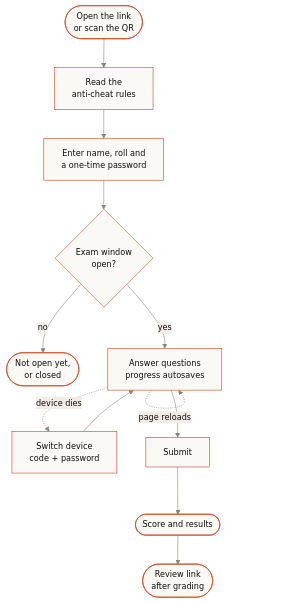
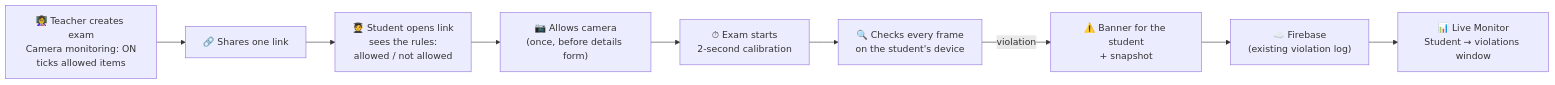
One commit to tahsanmasum/Examflow changed the first of 2 diagrams in README.md. Above: the diagram before and after it, drawn with Mermaid. The commit also changed other lines of this file and 5 other files, not shown here.

````diff
--- a/README.md
+++ b/README.md
@@ -36,15 +61,11 @@
 ```mermaid
-%%{init: {'theme':'base','themeVariables':{'primaryColor':'#faf9f6','primaryBorderColor':'#c8401a','primaryTextColor':'#0f0e0d','lineColor':'#8a8378','secondaryColor':'#f1ede6','tertiaryColor':'#ffffff','fontSize':'14px'}}}%%
-flowchart TD
-  A([Open the link<br/>or scan the QR]) --> B[Read the<br/>anti-cheat rules]
-  B --> C[Enter name, roll and<br/>a one-time password]
-  C --> D{Exam window<br/>open?}
-  D -- no --> X([Not open yet,<br/>or closed])
-  D -- yes --> E[Answer questions<br/>progress autosaves]
-  E -. page reloads .-> E
-  E -. device dies .-> F[Switch device<br/>code + password]
-  F --> E
-  E --> G[Submit]
-  G --> H([Score and results])
-  H --> I([Review link<br/>after grading])
+flowchart LR
+    A["👩‍🏫 Teacher creates exam<br/>Camera monitoring: ON<br/>ticks allowed items"] --> B["🔗 Shares one link"]
+    B --> C["🧑‍🎓 Student opens link<br/>sees the rules:<br/>allowed / not allowed"]
+    C --> D["📷 Allows camera<br/>(once, before details form)"]
+    D --> E["⏱ Exam starts<br/>2-second calibration"]
+    E --> F["🔍 Checks every frame<br/>on the student's device"]
+    F -->|"violation"| G["⚠️ Banner for the student<br/>+ snapshot"]
+    G --> H["☁️ Firebase<br/>(existing violation log)"]
+    H --> I["📊 Live Monitor<br/>Student → violations window"]
 ```
````
